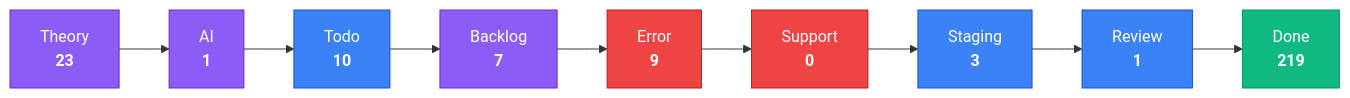
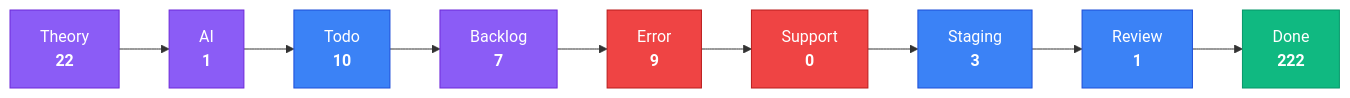
The third of 4 diagrams in apps/kbve/astro-kbve/src/content/docs/dashboard/kanban-data.mdx (KBVE/kbve), drawn with Mermaid before and after one commit. The commit also changed other lines of this file and 7 other files, not shown here.

````diff
--- a/apps/kbve/astro-kbve/src/content/docs/dashboard/kanban-data.mdx
+++ b/apps/kbve/astro-kbve/src/content/docs/dashboard/kanban-data.mdx
@@ -80,28 +80,28 @@
 ```mermaid
 flowchart LR
     classDef planning fill:#8b5cf6,stroke:#6d28d9,color:#fff
     classDef active fill:#3b82f6,stroke:#1d4ed8,color:#fff
     classDef blocked fill:#ef4444,stroke:#b91c1c,color:#fff
     classDef done fill:#10b981,stroke:#059669,color:#fff
-    Theory["Theory<br/><strong>23</strong>"]
+    Theory["Theory<br/><strong>22</strong>"]
     Theory --> AI
     AI["AI<br/><strong>1</strong>"]
     AI --> Todo
     Todo["Todo<br/><strong>10</strong>"]
     Todo --> Backlog
     Backlog["Backlog<br/><strong>7</strong>"]
     Backlog --> Error
     Error["Error<br/><strong>9</strong>"]
     Error --> Support
     Support["Support<br/><strong>0</strong>"]
     Support --> Staging
     Staging["Staging<br/><strong>3</strong>"]
     Staging --> Review
     Review["Review<br/><strong>1</strong>"]
     Review --> Done
-    Done["Done<br/><strong>219</strong>"]
+    Done["Done<br/><strong>222</strong>"]
     class Theory,AI,Backlog planning
     class Todo,Staging,Review active
     class Error,Support blocked
     class Done done
 ```
````
